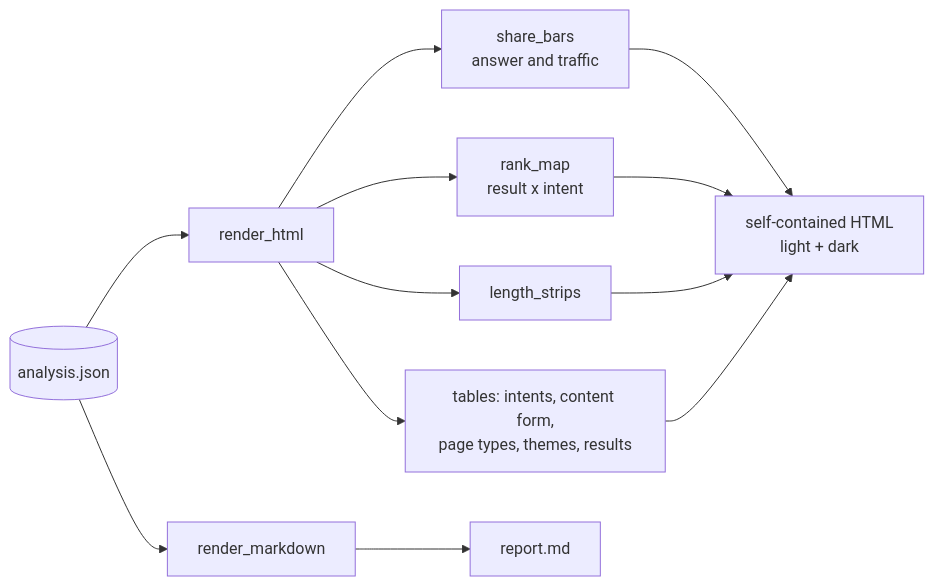
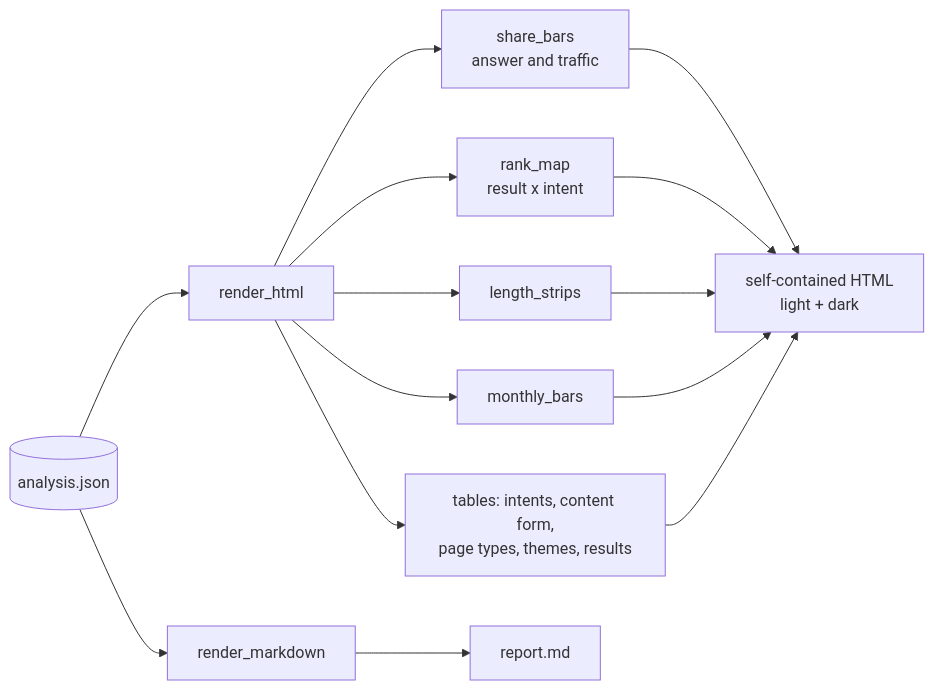
The diagram in src/intent_labeler/features/report/README.md (romek-rozen/intent-labeler), drawn with Mermaid before and after one commit. The commit also changed other lines of this file and 11 other files, not shown here.

````diff
--- a/src/intent_labeler/features/report/README.md
+++ b/src/intent_labeler/features/report/README.md
@@ -7,14 +7,16 @@
 ```mermaid
 flowchart LR
     A[(analysis.json)] --> H[render_html]
     A --> MD[render_markdown]
     H --> C1[share_bars<br/>answer and traffic]
     H --> C2[rank_map<br/>result x intent]
     H --> C3[length_strips]
+    H --> C4[monthly_bars]
     H --> T[tables: intents, content form,<br/>page types, themes, results]
     C1 --> PAGE[self-contained HTML<br/>light + dark]
     C2 --> PAGE
     C3 --> PAGE
+    C4 --> PAGE
     T --> PAGE
     MD --> MDF[report.md]
 ```
````
